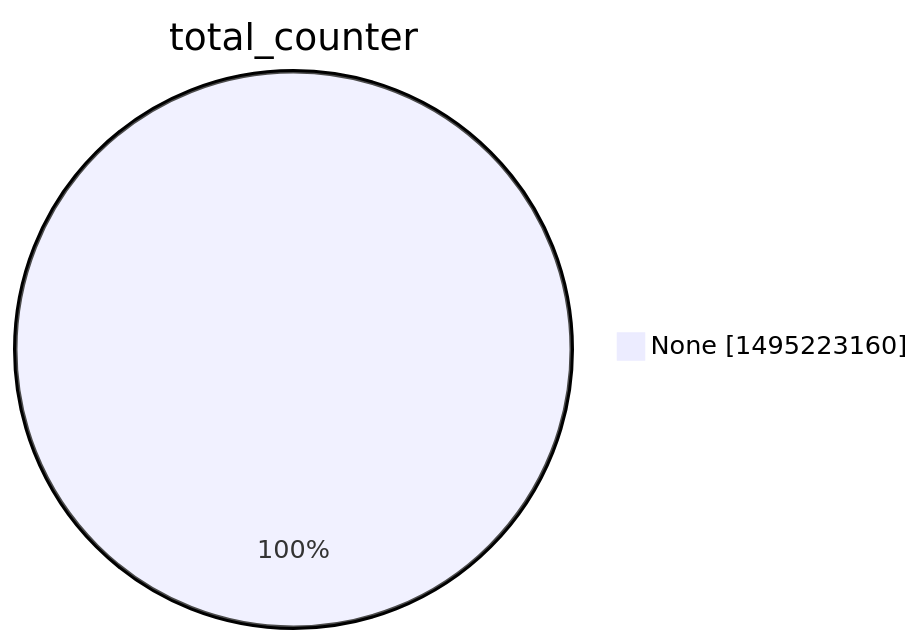
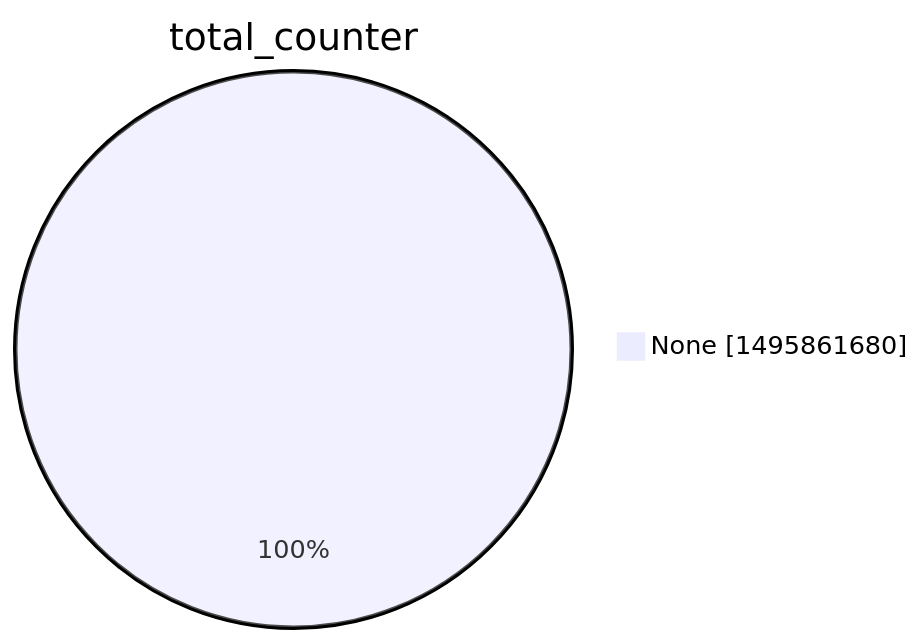
One commit to christiankrug/ctmonitor_visualization changed the second of 15 diagrams in argon2022/README.md. Above: the diagram before and after it, drawn with Mermaid. The commit also changed other lines of this file, not shown here.

````diff
--- a/argon2022/README.md
+++ b/argon2022/README.md
@@ -9,5 +9,5 @@
 ```mermaid
 pie showData
 title total_counter
-"None" :1495223160
+"None" :1495861680
 ```
````
